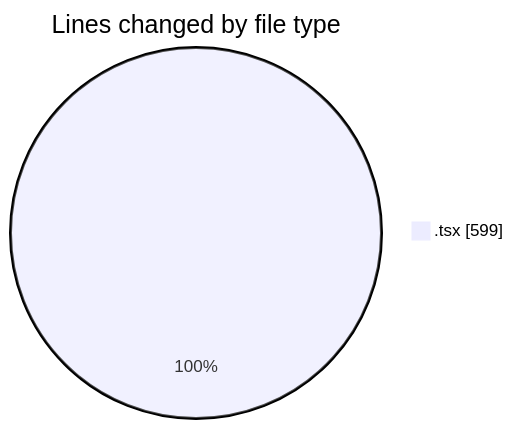
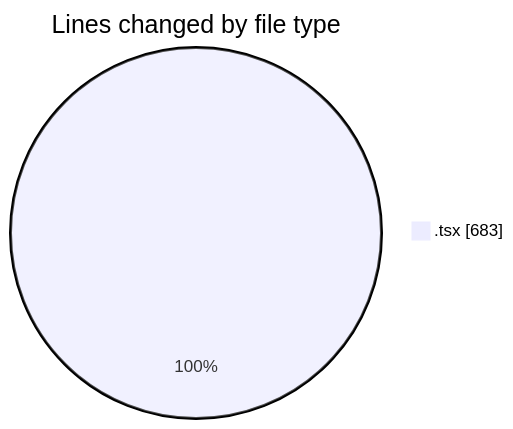
The first of 2 diagrams in 2026-02-02/nxtqube_webapp/README.md (nxtqubesakshisongat/code-tracking), drawn with Mermaid before and after one commit. The commit also changed other lines of this file and 1 other file, not shown here.

````diff
--- a/2026-02-02/nxtqube_webapp/README.md
+++ b/2026-02-02/nxtqube_webapp/README.md
@@ -20,5 +21,5 @@
 ```mermaid
 pie showData
 title Lines changed by file type
-".tsx" : 599
+".tsx" : 683
 ```
````
